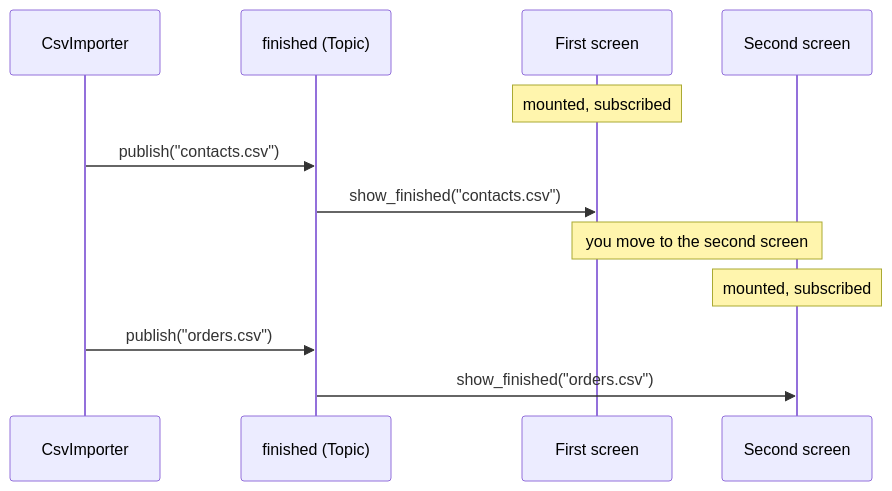
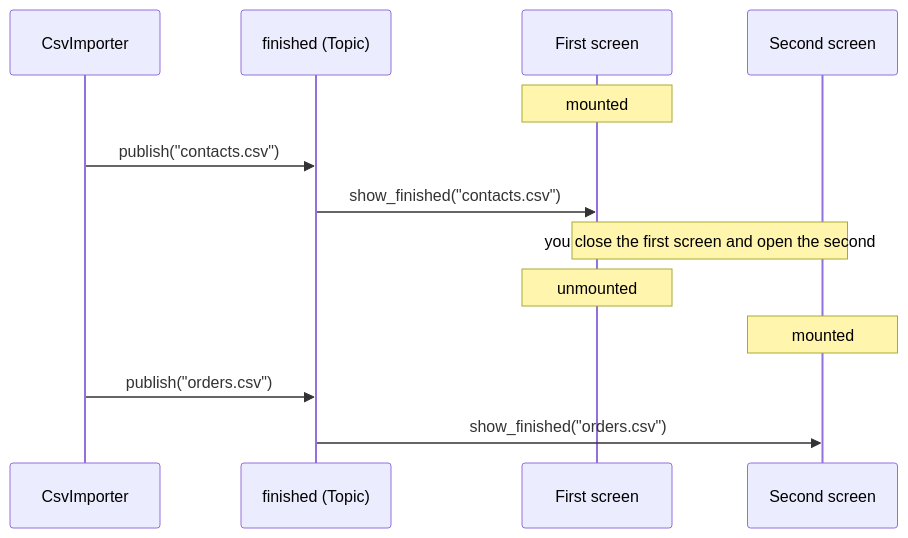
One commit to yuksblog/nuiitivet changed the second of 2 diagrams in docs/guide/state-management/topic.md. Above: the diagram before and after it, drawn with Mermaid. The commit also changed other lines of this file and 11 other files, not shown here.

````diff
--- a/docs/guide/state-management/topic.md
+++ b/docs/guide/state-management/topic.md
@@ -107,14 +105,15 @@
 ```mermaid
 sequenceDiagram
     participant importer as CsvImporter
     participant finished as finished (Topic)
     participant first as First screen
     participant second as Second screen
-    Note over first: mounted, subscribed
+    Note over first: mounted
     importer->>finished: publish("contacts.csv")
     finished->>first: show_finished("contacts.csv")
-    Note over first,second: you move to the second screen
-    Note over second: mounted, subscribed
+    Note over first,second: you close the first screen and open the second
+    Note over first: unmounted
+    Note over second: mounted
     importer->>finished: publish("orders.csv")
     finished->>second: show_finished("orders.csv")
 ```
````
